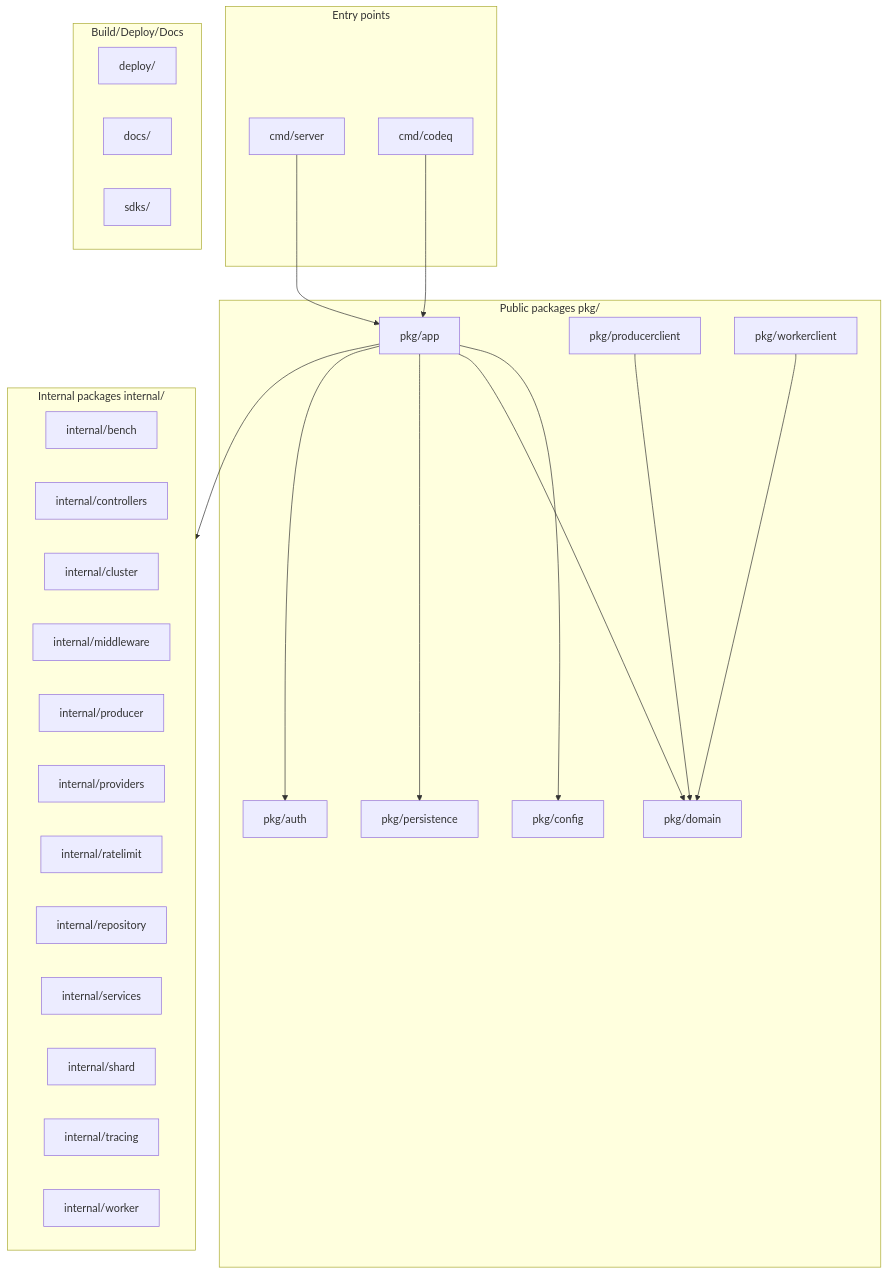
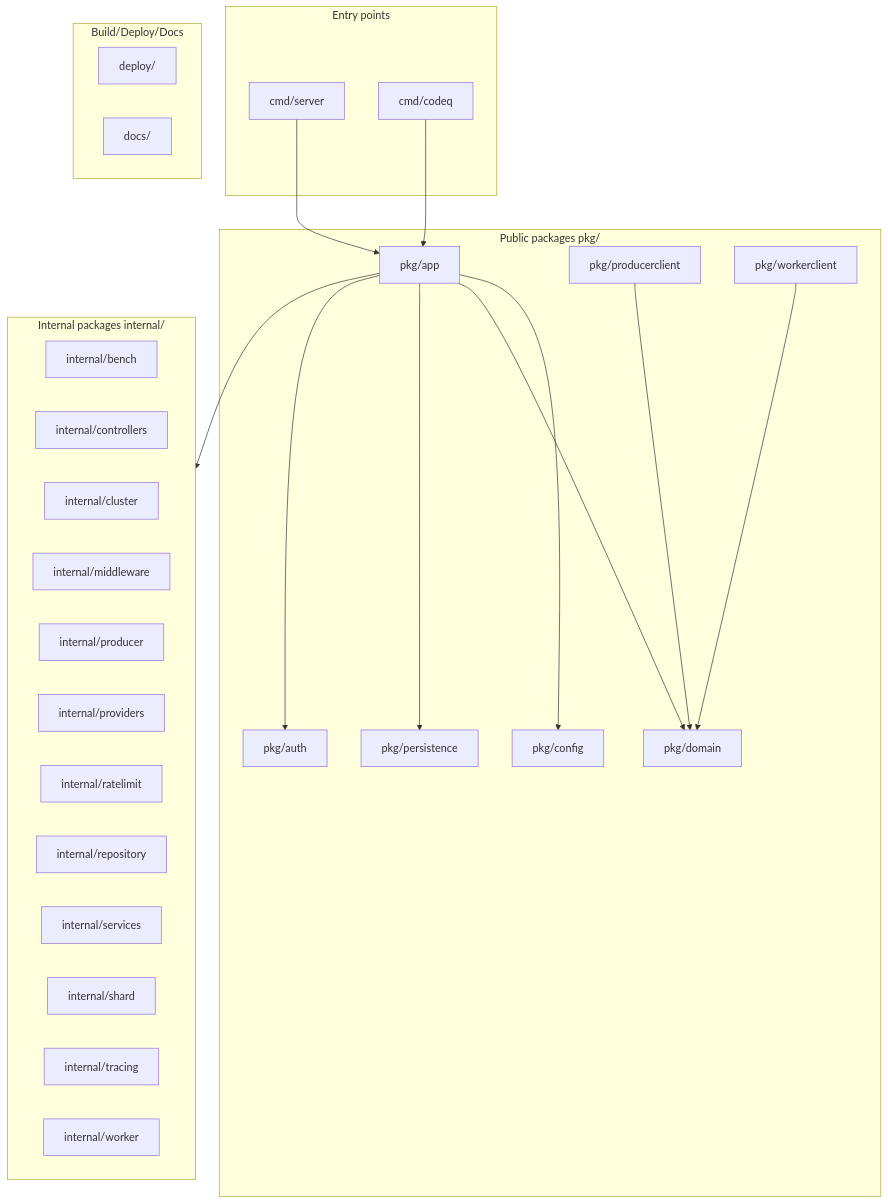
One commit to osvaldoandrade/codeq changed the diagram in docs/18-package-reference.md. Above: the diagram before and after it, drawn with Mermaid. The commit also changed other lines of this file and 6 other files, not shown here.

````diff
--- a/docs/18-package-reference.md
+++ b/docs/18-package-reference.md
@@ -7,44 +7,43 @@
 ```mermaid
 graph TB
   subgraph Entry[Entry points]
     CMD_SERVER[cmd/server]
     CMD_CODEQ[cmd/codeq]
   end
   subgraph Public[Public packages pkg/]
     PKG_APP[pkg/app]
     PKG_AUTH[pkg/auth]
     PKG_CONFIG[pkg/config]
     PKG_DOMAIN[pkg/domain]
     PKG_PERSIST[pkg/persistence]
     PKG_PRODCLI[pkg/producerclient]
     PKG_WORKCLI[pkg/workerclient]
   end
   subgraph Internal[Internal packages internal/]
     INT_BENCH[internal/bench]
     INT_CTRL[internal/controllers]
     INT_CLUSTER[internal/cluster]
     INT_MW[internal/middleware]
     INT_PROD[internal/producer]
     INT_PROV[internal/providers]
     INT_RL[internal/ratelimit]
     INT_REPO[internal/repository]
     INT_SVC[internal/services]
     INT_SHARD[internal/shard]
     INT_TRACE[internal/tracing]
     INT_WORK[internal/worker]
   end
   subgraph Ops[Build/Deploy/Docs]
     DEPLOY[deploy/]
     DOCS[docs/]
-    SDKS[sdks/]
   end
   CMD_SERVER --> PKG_APP
   CMD_CODEQ --> PKG_APP
   PKG_APP --> Internal
   PKG_APP --> PKG_CONFIG
   PKG_APP --> PKG_DOMAIN
   PKG_APP --> PKG_PERSIST
   PKG_APP --> PKG_AUTH
   PKG_PRODCLI --> PKG_DOMAIN
   PKG_WORKCLI --> PKG_DOMAIN
 ```
````
